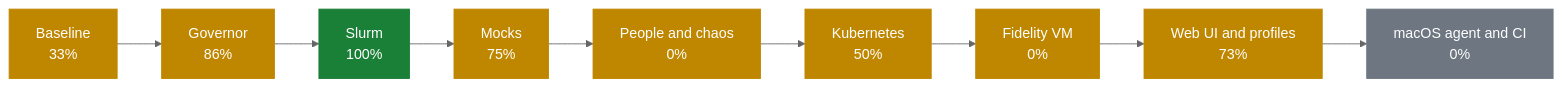
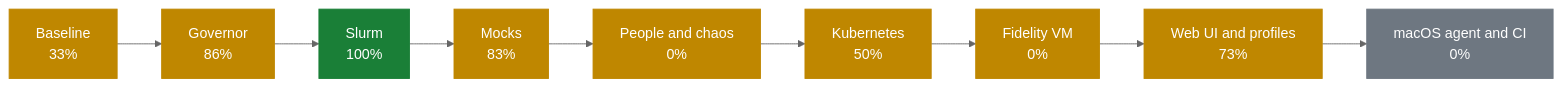
One commit to AhmedYousriSobhi/workbench changed the first of 2 diagrams in docs/PROGRESS.md. Above: the diagram before and after it, drawn with Mermaid (neutral theme). The commit also changed other lines of this file and 23 other files, not shown here.

````diff
--- a/docs/PROGRESS.md
+++ b/docs/PROGRESS.md
@@ -10,17 +10,17 @@
 ```mermaid
 flowchart LR
     p0["Baseline<br/>33%"]:::partial
     p1["Governor<br/>86%"]:::partial
     p2["Slurm<br/>100%"]:::done
-    p3["Mocks<br/>75%"]:::partial
+    p3["Mocks<br/>83%"]:::partial
     p4["People and chaos<br/>0%"]:::partial
     p5["Kubernetes<br/>50%"]:::partial
     p6["Fidelity VM<br/>0%"]:::partial
     p7["Web UI and profiles<br/>73%"]:::partial
     p8["macOS agent and CI<br/>0%"]:::todo
     p0 --> p1 --> p2 --> p3 --> p4 --> p5 --> p6 --> p7 --> p8
     classDef done fill:#1a7f37,stroke:#1a7f37,color:#fff
     classDef review fill:#0969da,stroke:#0969da,color:#fff
     classDef partial fill:#bf8700,stroke:#bf8700,color:#fff
     classDef todo fill:#6e7781,stroke:#6e7781,color:#fff
 ```
````
